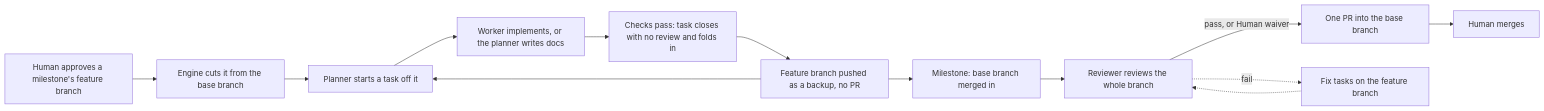
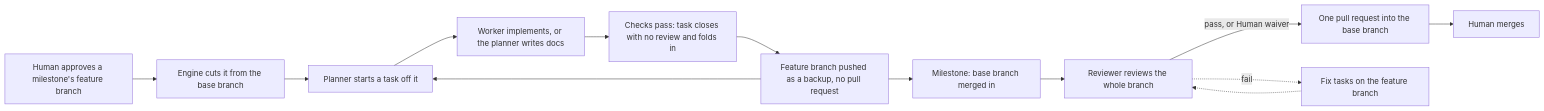
Diagram 16 of 24 in docs/flows/FLOWS.md (trustmybot/tmb), drawn with Mermaid before and after one commit. The commit also changed other lines of this file and 14 other files, not shown here.

Commit message:
📝 docs: flows, adapters, engine, roles and release pages follow the template; several-hosts design removed

````diff
--- a/docs/flows/FLOWS.md
+++ b/docs/flows/FLOWS.md
@@ -222,15 +251,15 @@
 ```mermaid
 flowchart LR
     A["Human approves a milestone's feature branch"] --> B["Engine cuts it from the base branch"]
     B --> C["Planner starts a task off it"]
     C --> D["Worker implements, or the planner writes docs"]
     D --> E["Checks pass: task closes with no review and folds in"]
-    E --> F["Feature branch pushed as a backup, no PR"]
+    E --> F["Feature branch pushed as a backup, no pull request"]
     F --> C
     F --> S["Milestone: base branch merged in"]
     S --> G["Reviewer reviews the whole branch"]
-    G -- "pass, or Human waiver" --> H["One PR into the base branch"]
+    G -- "pass, or Human waiver" --> H["One pull request into the base branch"]
     H --> I["Human merges"]
     G -. fail .-> K["Fix tasks on the feature branch"]
     K -.-> G
 ```
````
